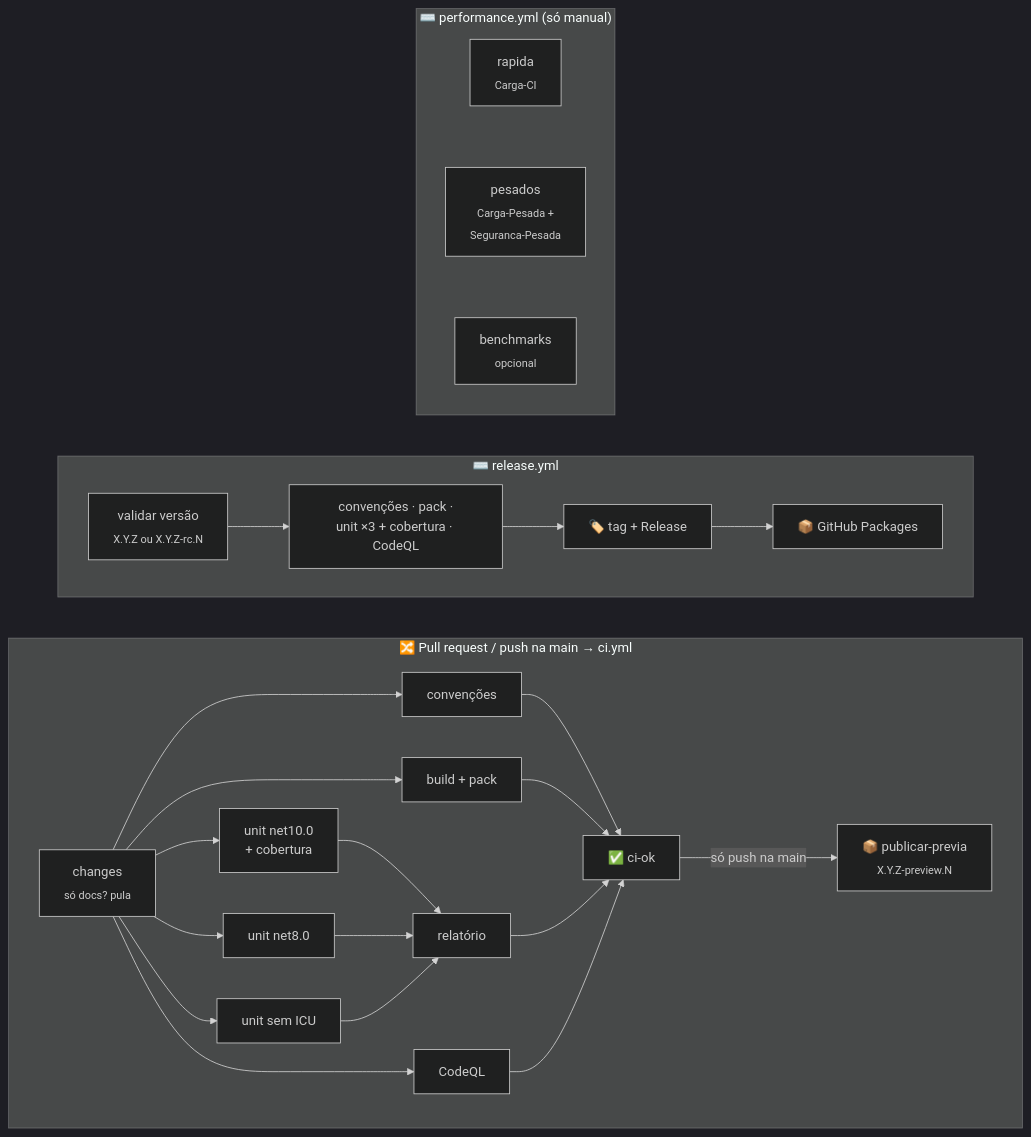
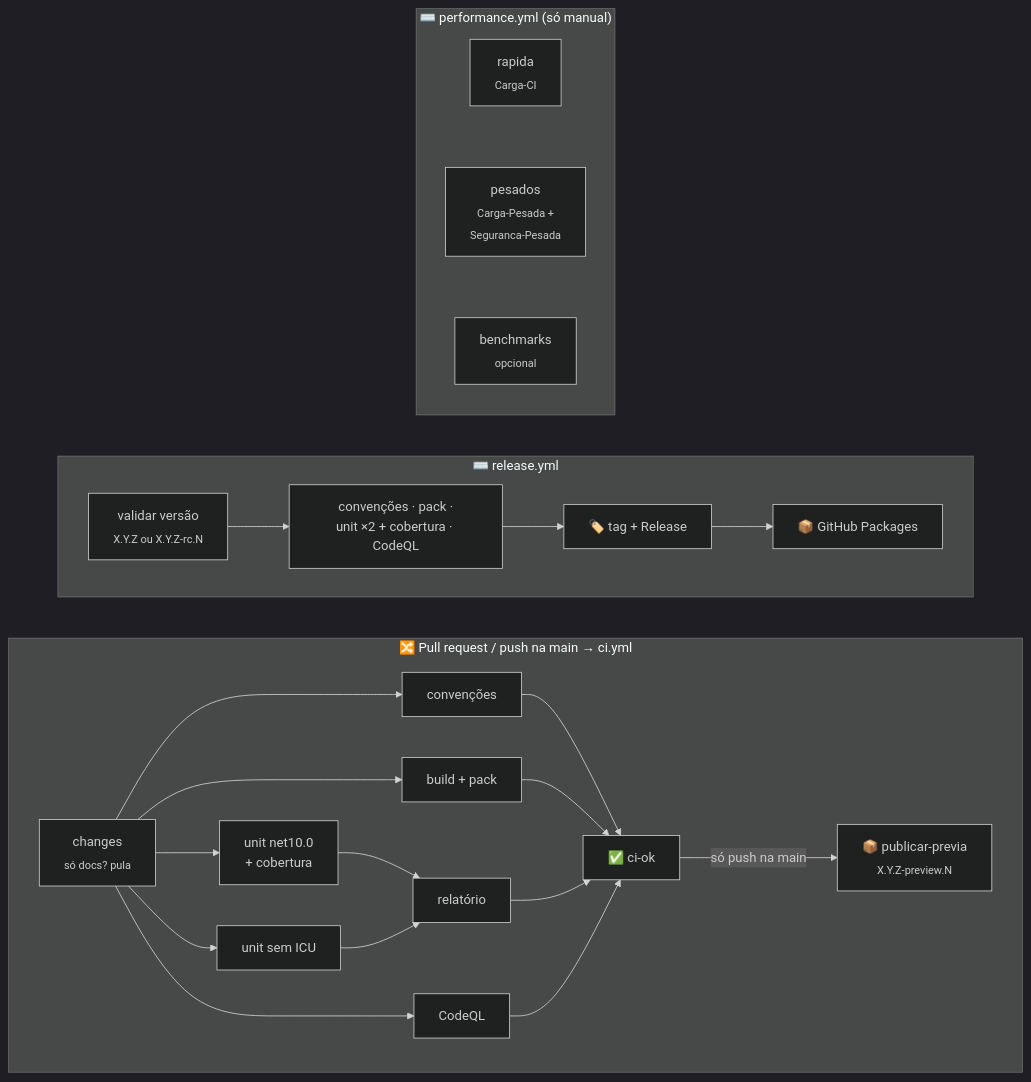
The diagram in .github/workflows/README.md (tudoemcodigo/lib-tec-core), drawn with Mermaid (dark theme) before and after one commit. The commit also changed other lines of this file and 71 other files, not shown here.

````diff
--- a/.github/workflows/README.md
+++ b/.github/workflows/README.md
@@ -52,17 +52,17 @@
 ```mermaid
 flowchart LR
     subgraph PR["🔀 Pull request / push na main → ci.yml"]
         direction LR
-        CH["changes<br/><sub>só docs? pula</sub>"] --> CV["convenções"] & BP["build + pack"] & U1["unit net10.0<br/>+ cobertura"] & U2["unit net8.0"] & U3["unit sem ICU"] & CQ["CodeQL"]
-        U1 & U2 & U3 --> RP["relatório"]
+        CH["changes<br/><sub>só docs? pula</sub>"] --> CV["convenções"] & BP["build + pack"] & U1["unit net10.0<br/>+ cobertura"] & U3["unit sem ICU"] & CQ["CodeQL"]
+        U1 & U3 --> RP["relatório"]
         CV & BP & RP & CQ --> OK["✅ ci-ok"]
         OK -- "só push na main" --> PV["📦 publicar-previa<br/><sub>X.Y.Z-preview.N</sub>"]
     end
     subgraph REL["⌨️ release.yml"]
         direction LR
-        V["validar versão<br/><sub>X.Y.Z ou X.Y.Z-rc.N</sub>"] --> G["convenções · pack ·<br/>unit ×3 + cobertura · CodeQL"] --> TAG["🏷️ tag + Release"] --> PUB["📦 GitHub Packages"]
+        V["validar versão<br/><sub>X.Y.Z ou X.Y.Z-rc.N</sub>"] --> G["convenções · pack ·<br/>unit ×2 + cobertura · CodeQL"] --> TAG["🏷️ tag + Release"] --> PUB["📦 GitHub Packages"]
     end
     subgraph PERF["⌨️ performance.yml (só manual)"]
         RA["rapida<br/><sub>Carga-CI</sub>"] ~~~ HV["pesados<br/><sub>Carga-Pesada +<br/>Seguranca-Pesada</sub>"] ~~~ BM["benchmarks<br/><sub>opcional</sub>"]
     end
 ```
````
